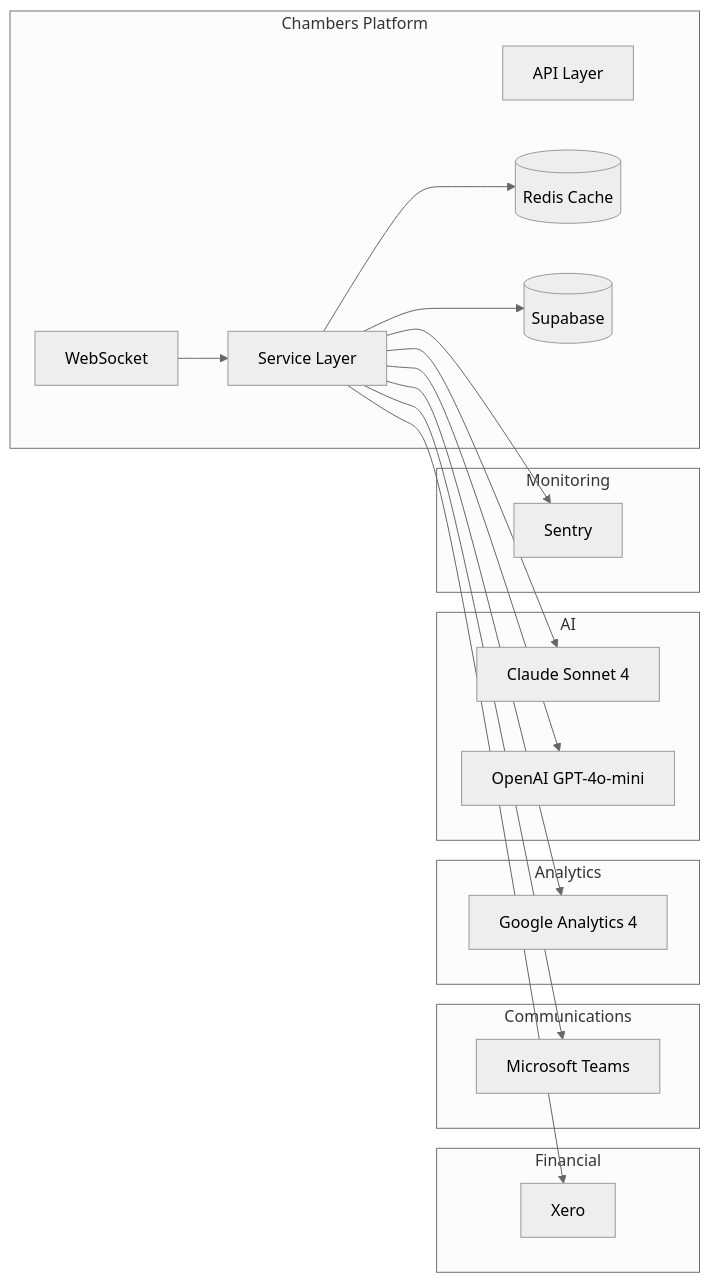
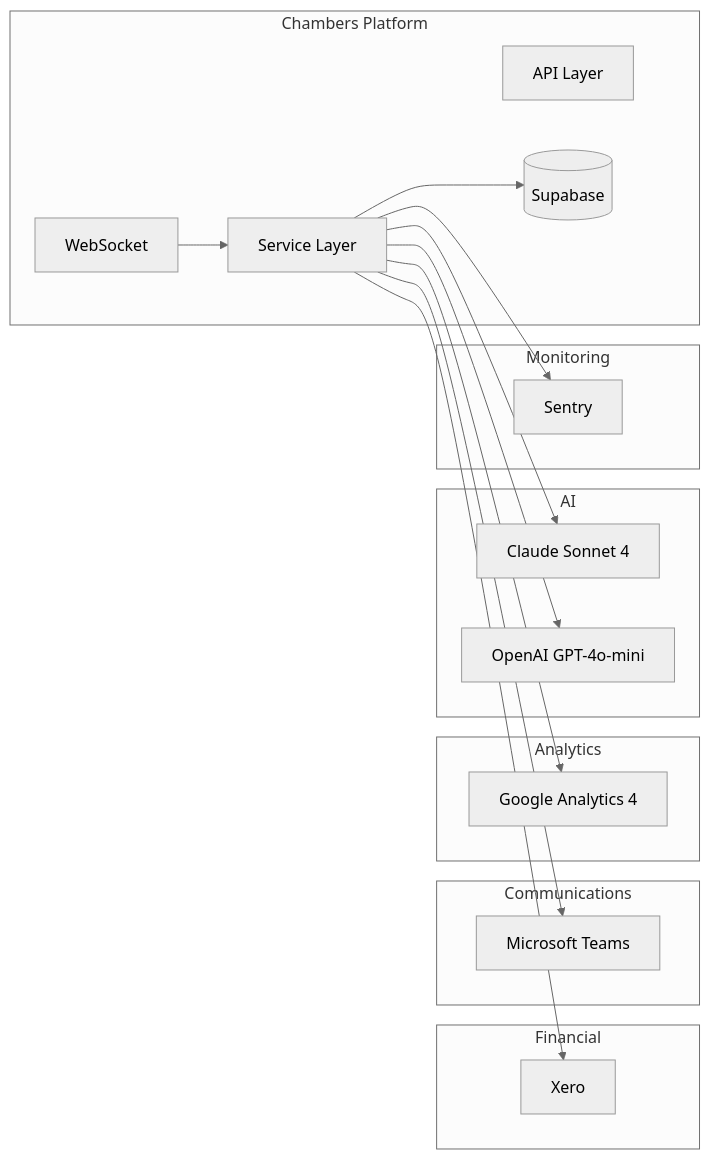
Before and after one commit to fosman1977/docs: the diagram in developers/overview.mdx, drawn with Mermaid (neutral theme). The commit also changed other lines of this file and 3 other files, not shown here.

````diff
--- a/developers/overview.mdx
+++ b/developers/overview.mdx
@@ -12,41 +12,39 @@
 ```mermaid
 graph LR
     subgraph "Chambers Platform"
         API[API Layer]
         Services[Service Layer]
-        Cache[(Redis Cache)]
         DB[(Supabase)]
         WS[WebSocket]
     end
 
     subgraph "Financial"
         Xero[Xero]
     end
 
     subgraph "Communications"
         Teams[Microsoft Teams]
     end
 
     subgraph "Analytics"
         GA4[Google Analytics 4]
     end
 
     subgraph "AI"
         Claude[Claude Sonnet 4]
         OpenAI[OpenAI GPT-4o-mini]
     end
 
     subgraph "Monitoring"
         Sentry[Sentry]
     end
 
     Services --> Xero
     Services --> Teams
     Services --> GA4
     Services --> Claude
     Services --> OpenAI
     Services --> Sentry
-    Services --> Cache
     Services --> DB
     WS --> Services
 ```
````
